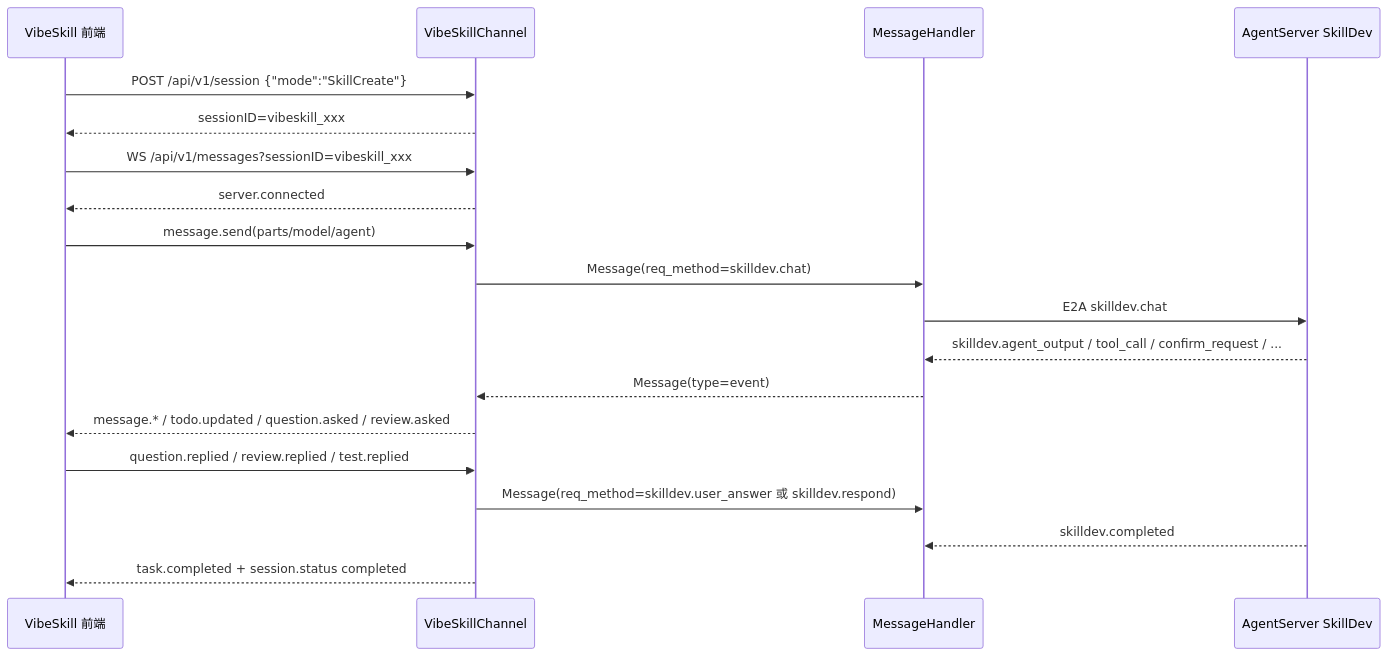
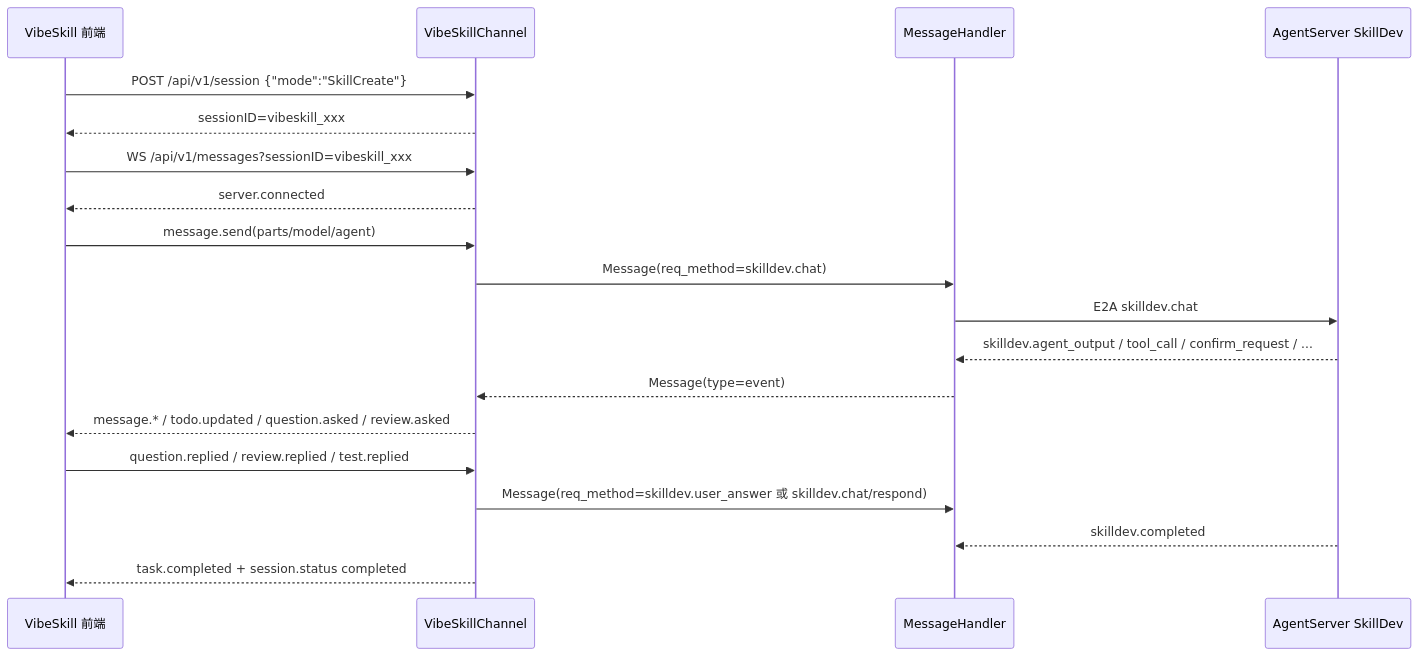
One commit to openJiuwen-ai/jiuwenclaw changed the second of 3 diagrams in docs/zh/VibeSkillChannel架构与接口.md. Above: the diagram before and after it, drawn with Mermaid. The commit also changed other lines of this file and 2 other files, not shown here.

First line of the commit message:
fix(vibeskill): review.replied改为发送skilldev.chat；在quesion.asked时创建新的mesage_id

````diff
--- a/docs/zh/VibeSkillChannel架构与接口.md
+++ b/docs/zh/VibeSkillChannel架构与接口.md
@@ -358,22 +358,22 @@
 ```mermaid
 sequenceDiagram
     participant FE as VibeSkill 前端
     participant VC as VibeSkillChannel
     participant MH as MessageHandler
     participant AS as AgentServer SkillDev
 
     FE->>VC: POST /api/v1/session {"mode":"SkillCreate"}
     VC-->>FE: sessionID=vibeskill_xxx
     FE->>VC: WS /api/v1/messages?sessionID=vibeskill_xxx
     VC-->>FE: server.connected
     FE->>VC: message.send(parts/model/agent)
     VC->>MH: Message(req_method=skilldev.chat)
     MH->>AS: E2A skilldev.chat
     AS-->>MH: skilldev.agent_output / tool_call / confirm_request / ...
     MH-->>VC: Message(type=event)
     VC-->>FE: message.* / todo.updated / question.asked / review.asked
     FE->>VC: question.replied / review.replied / test.replied
-    VC->>MH: Message(req_method=skilldev.user_answer 或 skilldev.respond)
+    VC->>MH: Message(req_method=skilldev.user_answer 或 skilldev.chat/respond)
     AS-->>MH: skilldev.completed
     VC-->>FE: task.completed + session.status completed
 ```
````
